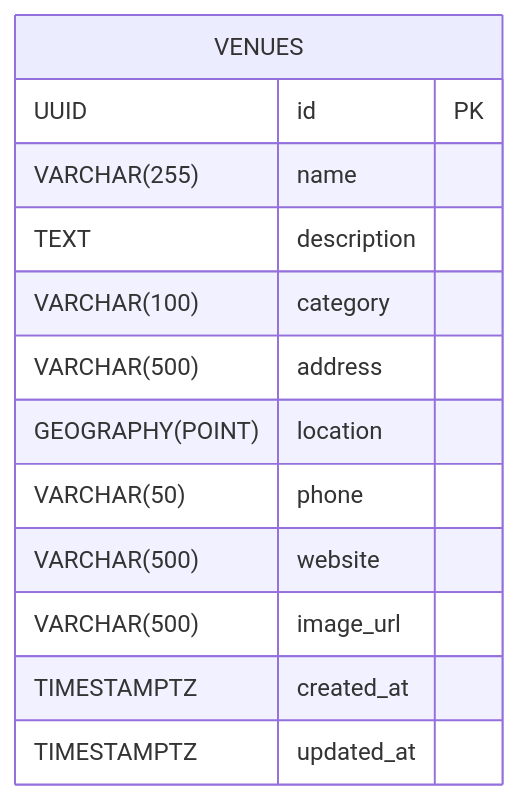
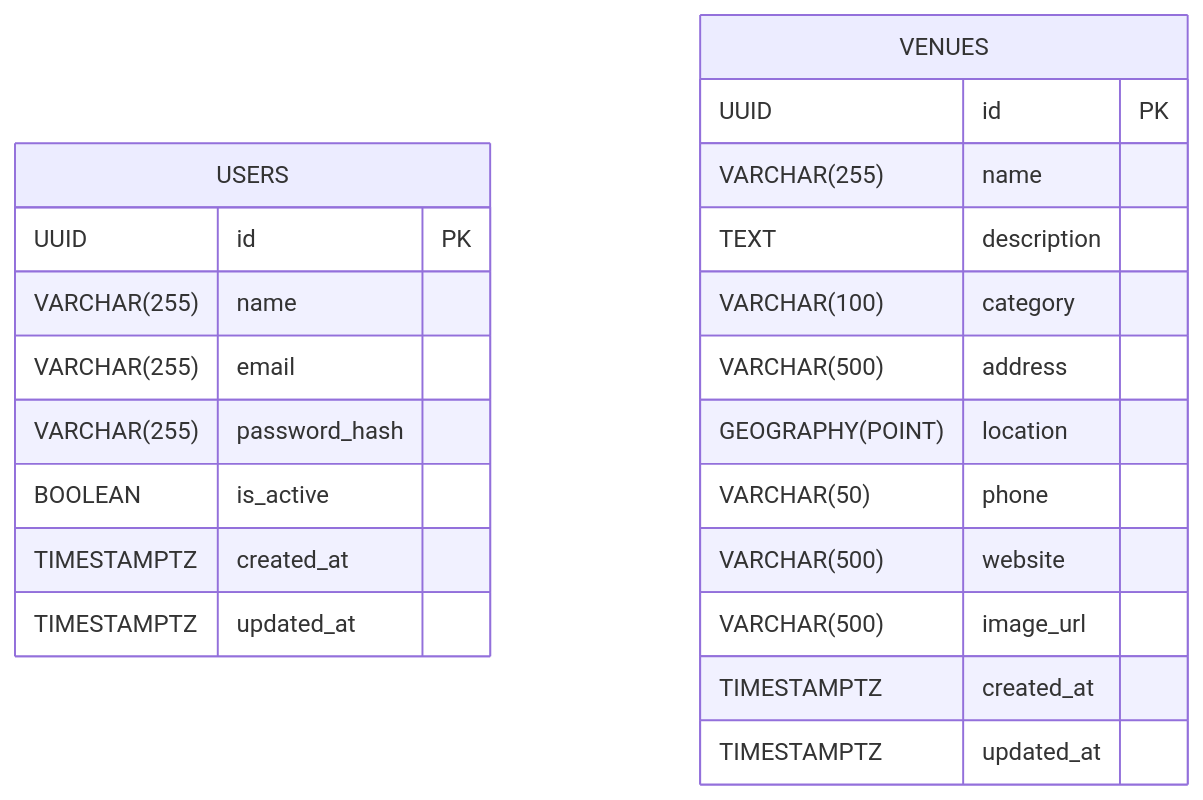
One commit to Josejgs1/Trabalho_Pratico-ES changed the diagram in docs/setup/database-schema.md. Above: the diagram before and after it, drawn with Mermaid. The commit also changed other lines of this file and 1 other file, not shown here.

Commit message:
Add users table migration

````diff
--- a/docs/setup/database-schema.md
+++ b/docs/setup/database-schema.md
@@ -9,16 +9,25 @@
 ```mermaid
 erDiagram
+    USERS {
+        UUID id PK
+        VARCHAR(255) name
+        VARCHAR(255) email
+        VARCHAR(255) password_hash
+        BOOLEAN is_active
+        TIMESTAMPTZ created_at
+        TIMESTAMPTZ updated_at
+    }
     VENUES {
         UUID id PK
         VARCHAR(255) name
         TEXT description
         VARCHAR(100) category
         VARCHAR(500) address
         GEOGRAPHY(POINT) location
         VARCHAR(50) phone
         VARCHAR(500) website
         VARCHAR(500) image_url
         TIMESTAMPTZ created_at
         TIMESTAMPTZ updated_at
     }
 ```
````
